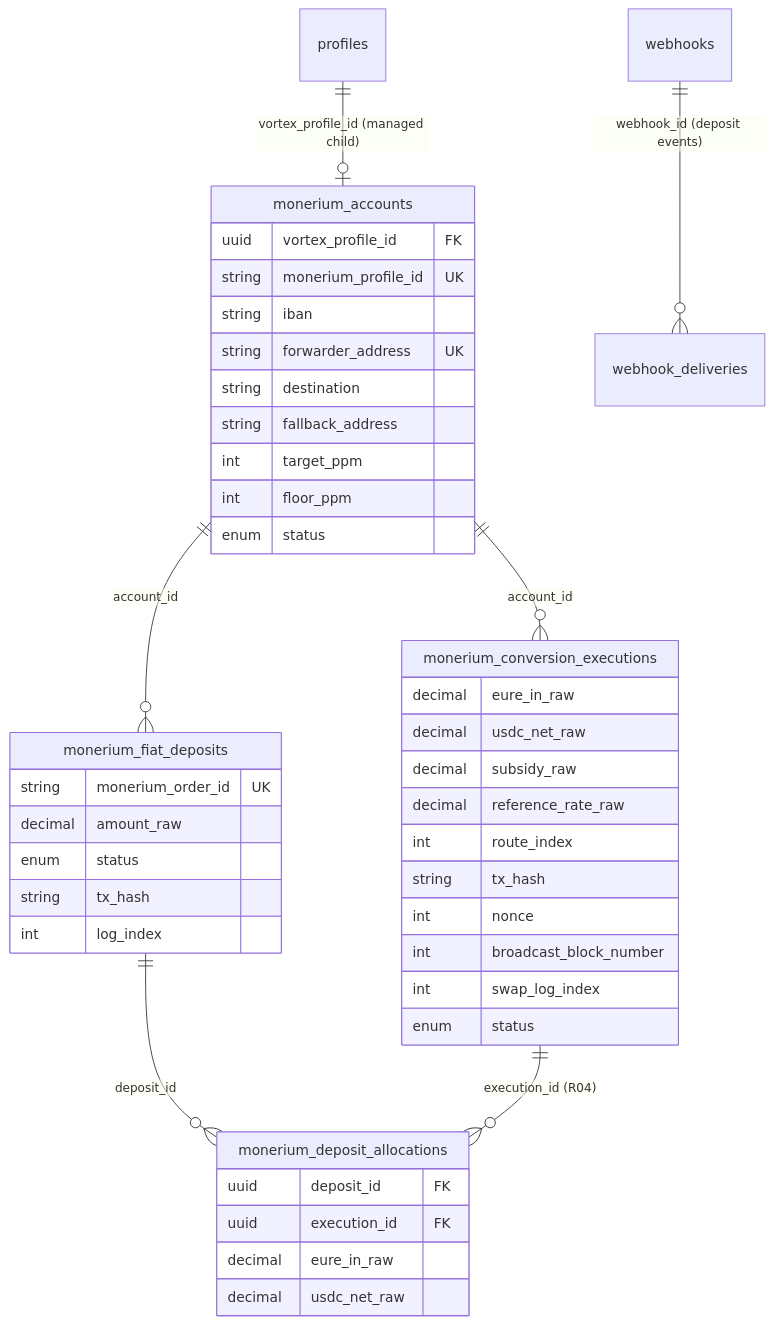
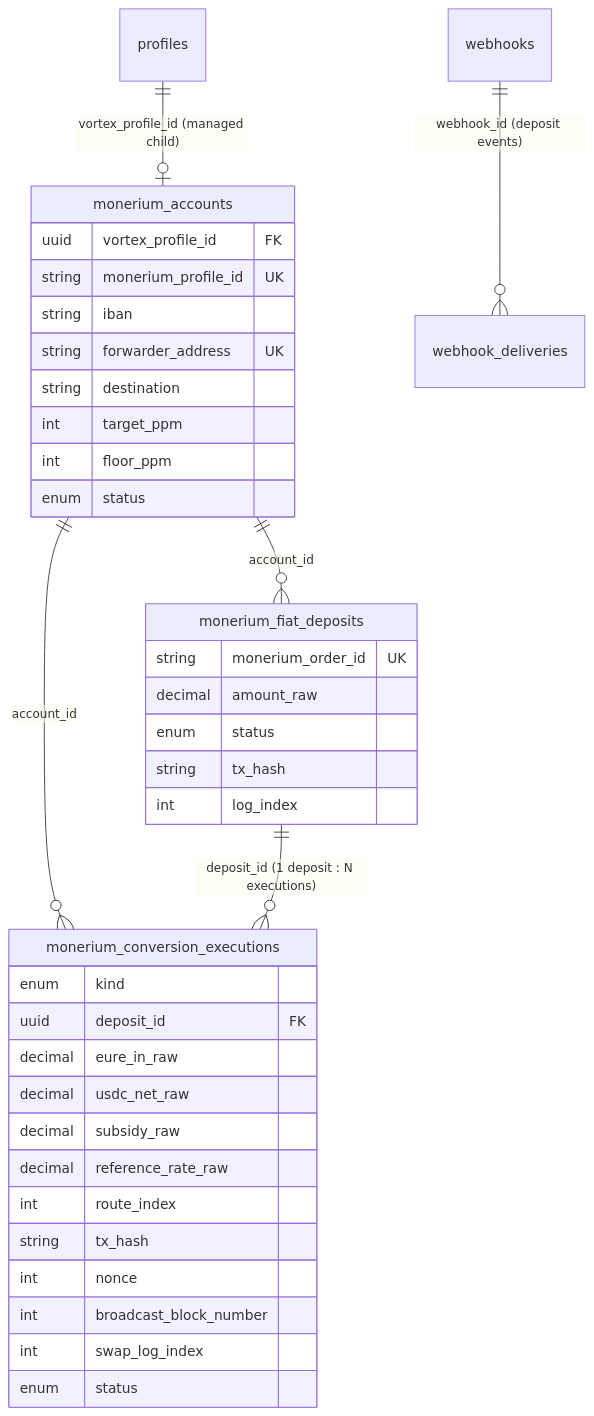
The eighth of 8 diagrams in docs/architecture-monerium-b2b-onramp.md (pendulum-chain/vortex), drawn with Mermaid before and after one commit. The commit also changed other lines of this file and 8 other files, not shown here.

````diff
--- a/docs/architecture-monerium-b2b-onramp.md
+++ b/docs/architecture-monerium-b2b-onramp.md
@@ -393,46 +429,40 @@
 ```mermaid
 erDiagram
     profiles ||--o| monerium_accounts : "vortex_profile_id (managed child)"
     monerium_accounts ||--o{ monerium_fiat_deposits : "account_id"
     monerium_accounts ||--o{ monerium_conversion_executions : "account_id"
-    monerium_fiat_deposits ||--o{ monerium_deposit_allocations : "deposit_id"
-    monerium_conversion_executions ||--o{ monerium_deposit_allocations : "execution_id (R04)"
+    monerium_fiat_deposits ||--o{ monerium_conversion_executions : "deposit_id (1 deposit : N executions)"
     webhooks ||--o{ webhook_deliveries : "webhook_id (deposit events)"
 
     monerium_accounts {
         uuid vortex_profile_id FK
         string monerium_profile_id UK
         string iban
         string forwarder_address UK
         string destination
-        string fallback_address
         int target_ppm
         int floor_ppm
         enum status
     }
     monerium_fiat_deposits {
         string monerium_order_id UK
         decimal amount_raw
         enum status
         string tx_hash
         int log_index
     }
     monerium_conversion_executions {
+        enum kind
+        uuid deposit_id FK
         decimal eure_in_raw
         decimal usdc_net_raw
         decimal subsidy_raw
         decimal reference_rate_raw
         int route_index
         string tx_hash
         int nonce
         int broadcast_block_number
         int swap_log_index
         enum status
     }
-    monerium_deposit_allocations {
-        uuid deposit_id FK
-        uuid execution_id FK
-        decimal eure_in_raw
-        decimal usdc_net_raw
-    }
 ```
````
